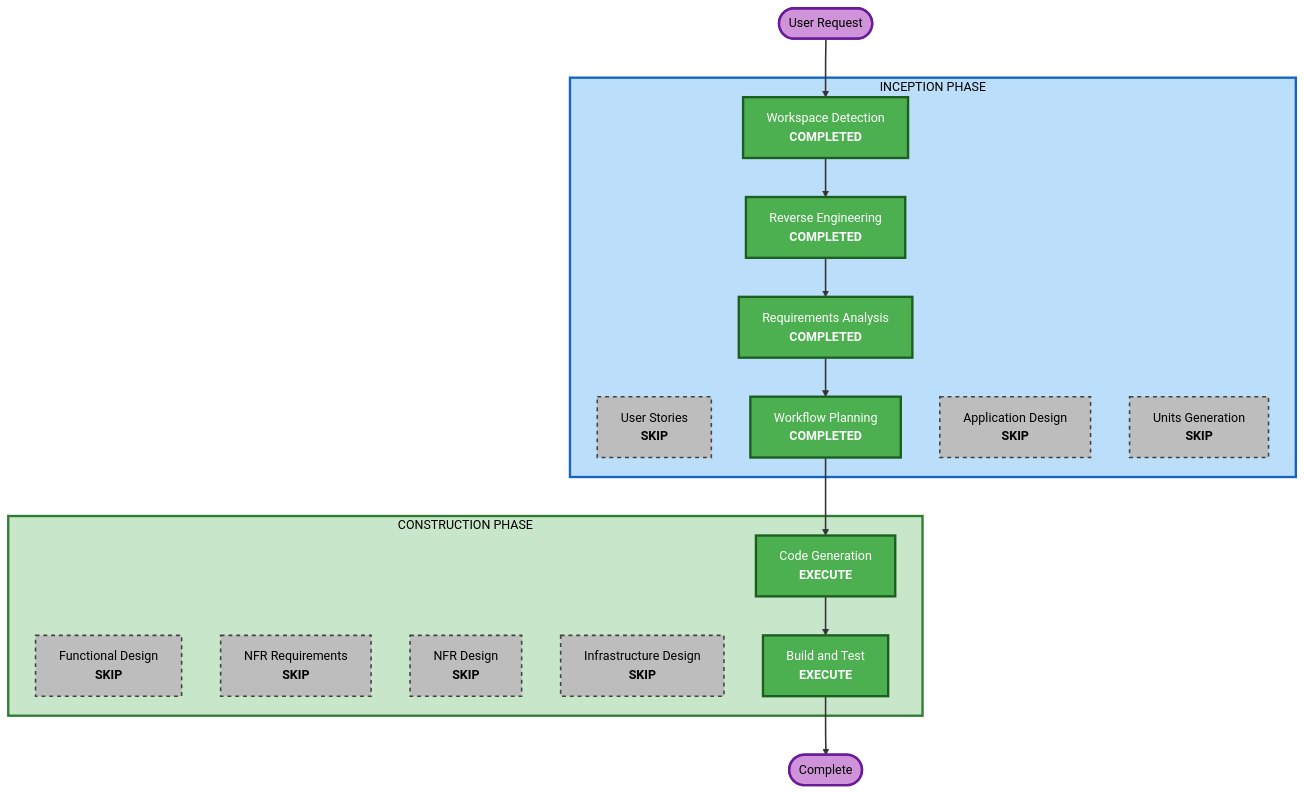
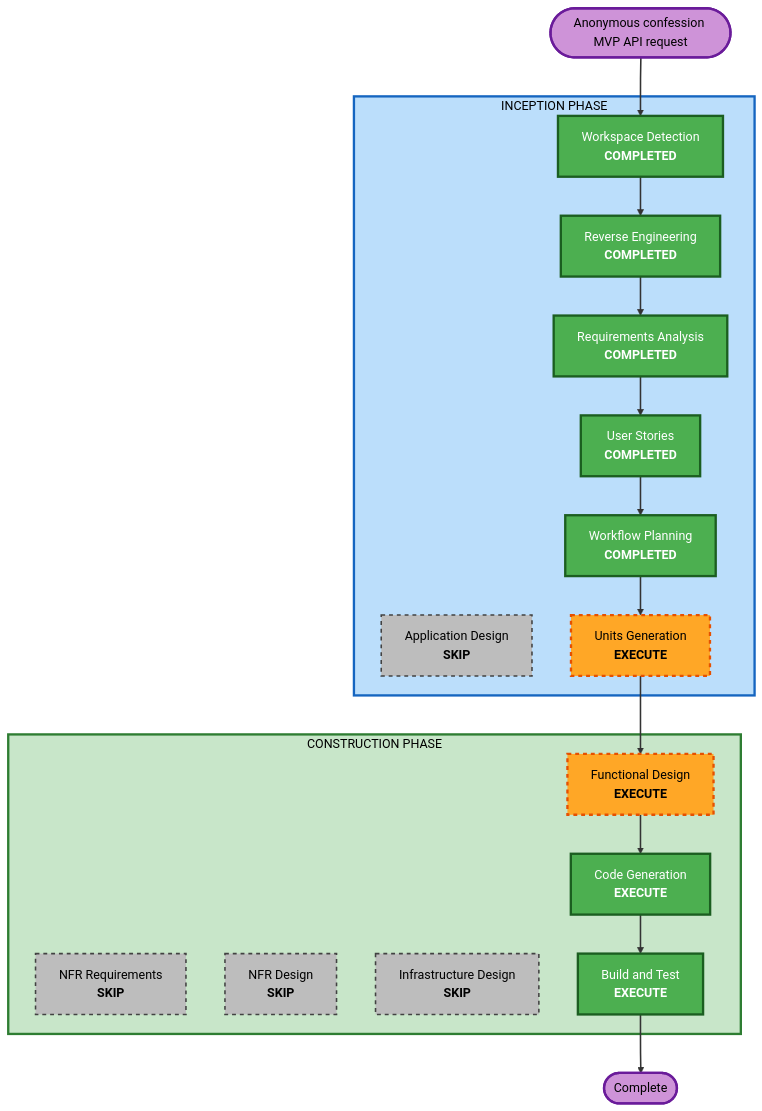
The diagram in aidlc-docs/inception/plans/execution-plan.md (dlhwang/goahead-tuk-backend), drawn with Mermaid before and after one commit. The commit also changed other lines of this file and 28 other files, not shown here.

````diff
--- a/aidlc-docs/inception/plans/execution-plan.md
+++ b/aidlc-docs/inception/plans/execution-plan.md
@@ -44,51 +52,54 @@
 ```mermaid
 flowchart TD
-    Start(["User Request"])
+    Start(["Anonymous confession MVP API request"])
 
     subgraph INCEPTION["INCEPTION PHASE"]
         WD["Workspace Detection<br/><b>COMPLETED</b>"]
         RE["Reverse Engineering<br/><b>COMPLETED</b>"]
         RA["Requirements Analysis<br/><b>COMPLETED</b>"]
-        US["User Stories<br/><b>SKIP</b>"]
+        US["User Stories<br/><b>COMPLETED</b>"]
         WP["Workflow Planning<br/><b>COMPLETED</b>"]
         AD["Application Design<br/><b>SKIP</b>"]
-        UG["Units Generation<br/><b>SKIP</b>"]
+        UG["Units Generation<br/><b>EXECUTE</b>"]
     end
 
     subgraph CONSTRUCTION["CONSTRUCTION PHASE"]
-        FD["Functional Design<br/><b>SKIP</b>"]
+        FD["Functional Design<br/><b>EXECUTE</b>"]
         NFRA["NFR Requirements<br/><b>SKIP</b>"]
         NFRD["NFR Design<br/><b>SKIP</b>"]
         ID["Infrastructure Design<br/><b>SKIP</b>"]
         CG["Code Generation<br/><b>EXECUTE</b>"]
         BT["Build and Test<br/><b>EXECUTE</b>"]
     end
 
     Start --> WD
     WD --> RE
     RE --> RA
-    RA --> WP
-    WP --> CG
+    RA --> US
+    US --> WP
+    WP --> UG
+    UG --> FD
+    FD --> CG
     CG --> BT
     BT --> End(["Complete"])
 
     style WD fill:#4CAF50,stroke:#1B5E20,stroke-width:3px,color:#fff
     style RE fill:#4CAF50,stroke:#1B5E20,stroke-width:3px,color:#fff
     style RA fill:#4CAF50,stroke:#1B5E20,stroke-width:3px,color:#fff
+    style US fill:#4CAF50,stroke:#1B5E20,stroke-width:3px,color:#fff
     style WP fill:#4CAF50,stroke:#1B5E20,stroke-width:3px,color:#fff
+    style UG fill:#FFA726,stroke:#E65100,stroke-width:3px,stroke-dasharray: 5 5,color:#000
+    style FD fill:#FFA726,stroke:#E65100,stroke-width:3px,stroke-dasharray: 5 5,color:#000
     style CG fill:#4CAF50,stroke:#1B5E20,stroke-width:3px,color:#fff
     style BT fill:#4CAF50,stroke:#1B5E20,stroke-width:3px,color:#fff
-    style US fill:#BDBDBD,stroke:#424242,stroke-width:2px,stroke-dasharray: 5 5,color:#000
     style AD fill:#BDBDBD,stroke:#424242,stroke-width:2px,stroke-dasharray: 5 5,color:#000
-    style UG fill:#BDBDBD,stroke:#424242,stroke-width:2px,stroke-dasharray: 5 5,color:#000
-    style FD fill:#BDBDBD,stroke:#424242,stroke-width:2px,stroke-dasharray: 5 5,color:#000
     style NFRA fill:#BDBDBD,stroke:#424242,stroke-width:2px,stroke-dasharray: 5 5,color:#000
     style NFRD fill:#BDBDBD,stroke:#424242,stroke-width:2px,stroke-dasharray: 5 5,color:#000
     style ID fill:#BDBDBD,stroke:#424242,stroke-width:2px,stroke-dasharray: 5 5,color:#000
     style Start fill:#CE93D8,stroke:#6A1B9A,stroke-width:3px,color:#000
     style End fill:#CE93D8,stroke:#6A1B9A,stroke-width:3px,color:#000
     style INCEPTION fill:#BBDEFB,stroke:#1565C0,stroke-width:3px,color:#000
     style CONSTRUCTION fill:#C8E6C9,stroke:#2E7D32,stroke-width:3px,color:#000
 
     linkStyle default stroke:#333,stroke-width:2px
 ```
````
